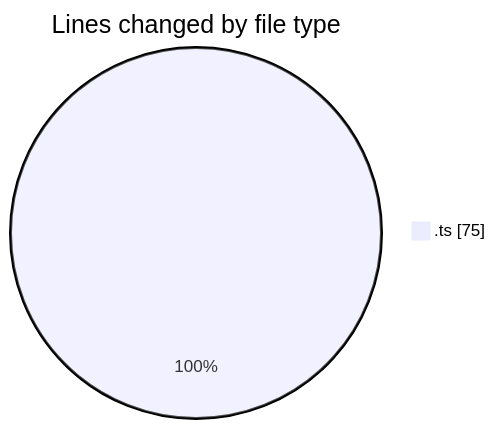
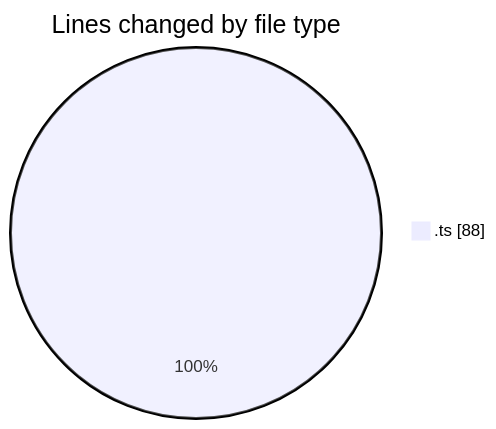
Before and after one commit to momahboobian/code-tracking: the first of 2 diagrams in 2025-01-25/pdf-analysis-app/README.md, drawn with Mermaid. The commit also changed other lines of this file and 1 other file, not shown here.

````diff
--- a/2025-01-25/pdf-analysis-app/README.md
+++ b/2025-01-25/pdf-analysis-app/README.md
@@ -20,5 +21,5 @@
 ```mermaid
 pie showData
 title Lines changed by file type
-".ts" : 75
+".ts" : 88
 ```
````
